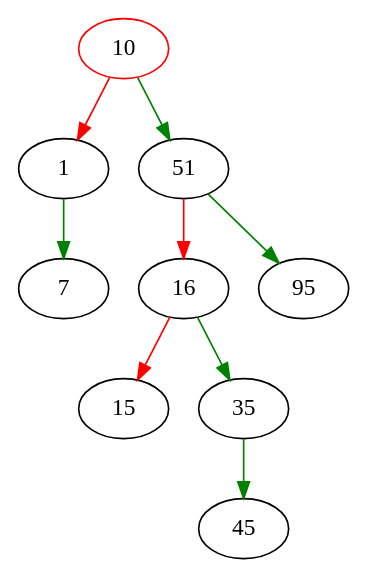
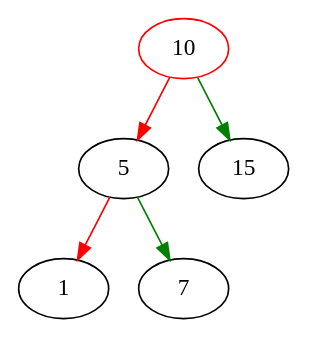
One commit to bsdshell/java changed the diagram in bintree.gv. Above: the diagram before and after it, drawn with Graphviz. The commit also changed 14 other files, not shown here.

```diff
--- a/bintree.gv
+++ b/bintree.gv
@@ -1,11 +1,7 @@
 digraph G{
 10[color=red];
-10->1[color=red];
-1->7[color=green];
-10->51[color=green];
-51->16[color=red];
-16->15[color=red];
-16->35[color=green];
-35->45[color=green];
-51->95[color=green];
+10->5[color=red];
+5->1[color=red];
+5->7[color=green];
+10->15[color=green];
 }
```
